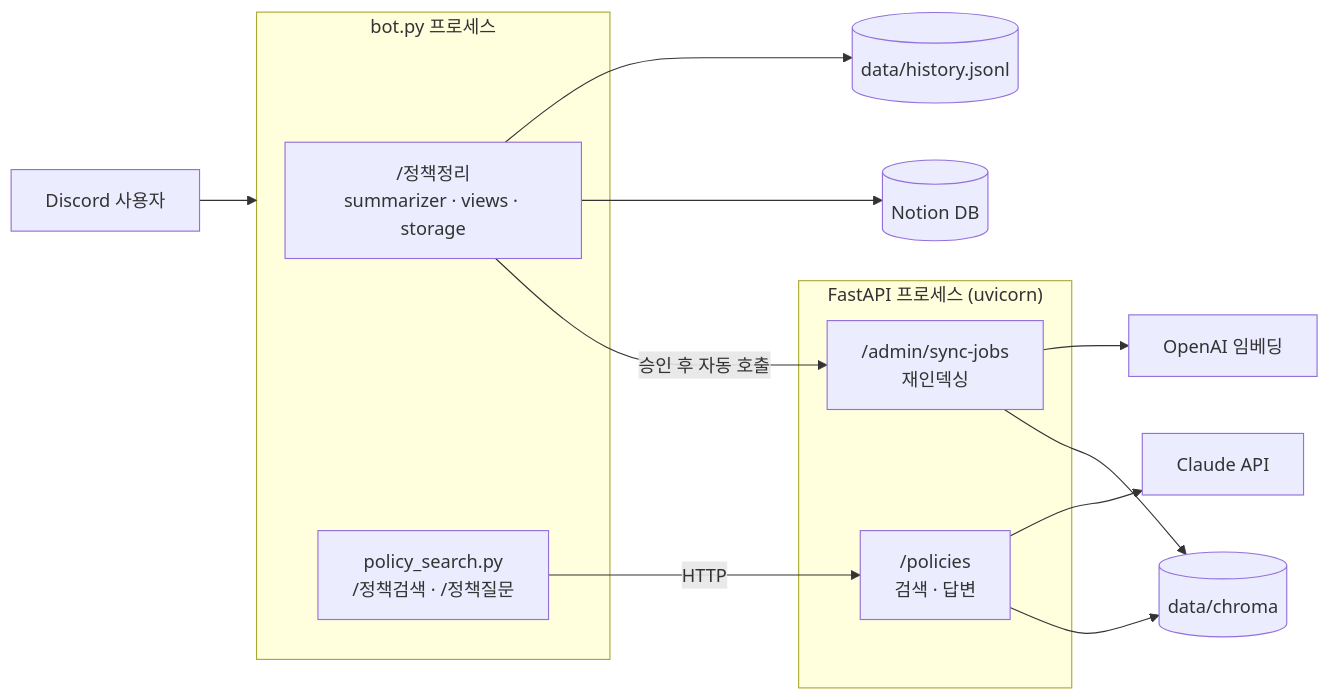
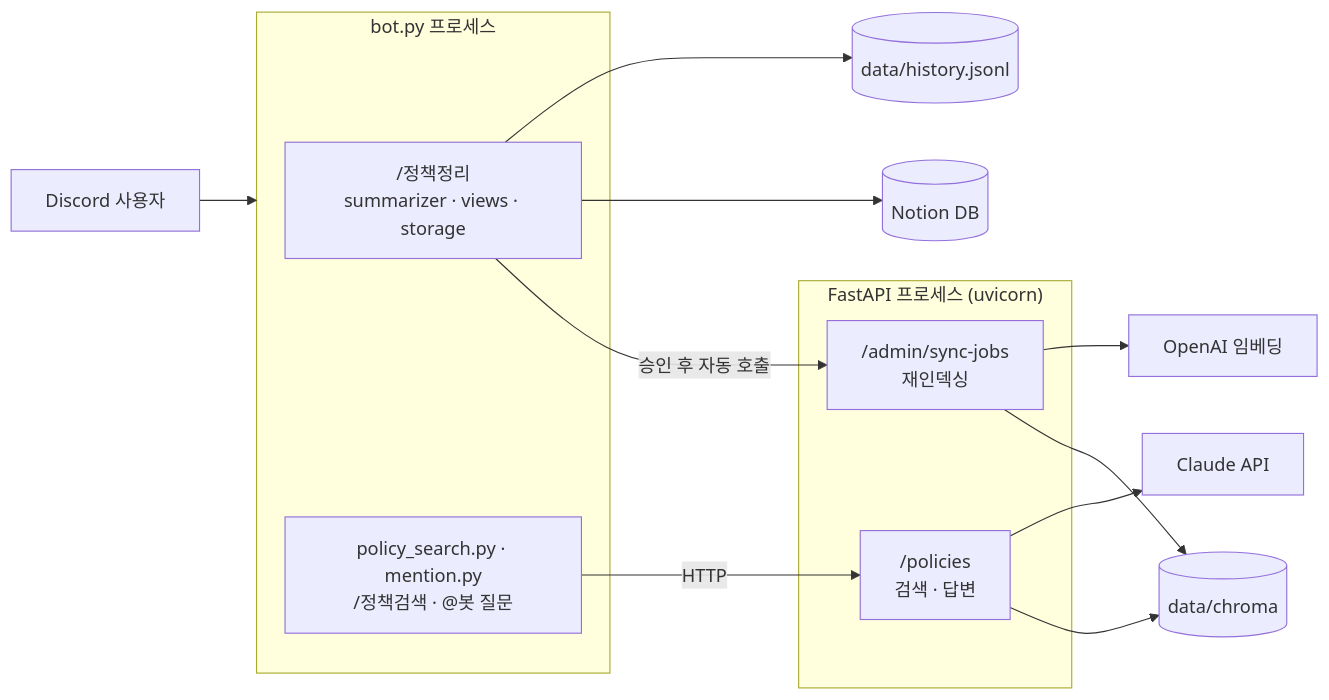
One commit to seoyoon513/moree-policy-bot changed the diagram in README.md. Above: the diagram before and after it, drawn with Mermaid. The commit also changed other lines of this file and 11 other files, not shown here.

````diff
--- a/README.md
+++ b/README.md
@@ -11,23 +13,23 @@
 ```mermaid
 flowchart LR
     U[Discord 사용자] --> B
 
     subgraph B[bot.py 프로세스]
         S["/정책정리<br/>summarizer · views · storage"]
-        P["policy_search.py<br/>/정책검색 · /정책질문"]
+        P["policy_search.py · mention.py<br/>/정책검색 · @봇 질문"]
     end
 
     subgraph A["FastAPI 프로세스 (uvicorn)"]
         J["/admin/sync-jobs<br/>재인덱싱"]
         Q["/policies<br/>검색 · 답변"]
     end
 
     S -- 승인 후 자동 호출 --> J
     P -- HTTP --> Q
     S --> N[(Notion DB)]
     S --> H[(data/history.jsonl)]
     J --> C[(data/chroma)]
     Q --> C
     Q --> CL[Claude API]
     J --> OA[OpenAI 임베딩]
 ```
````
